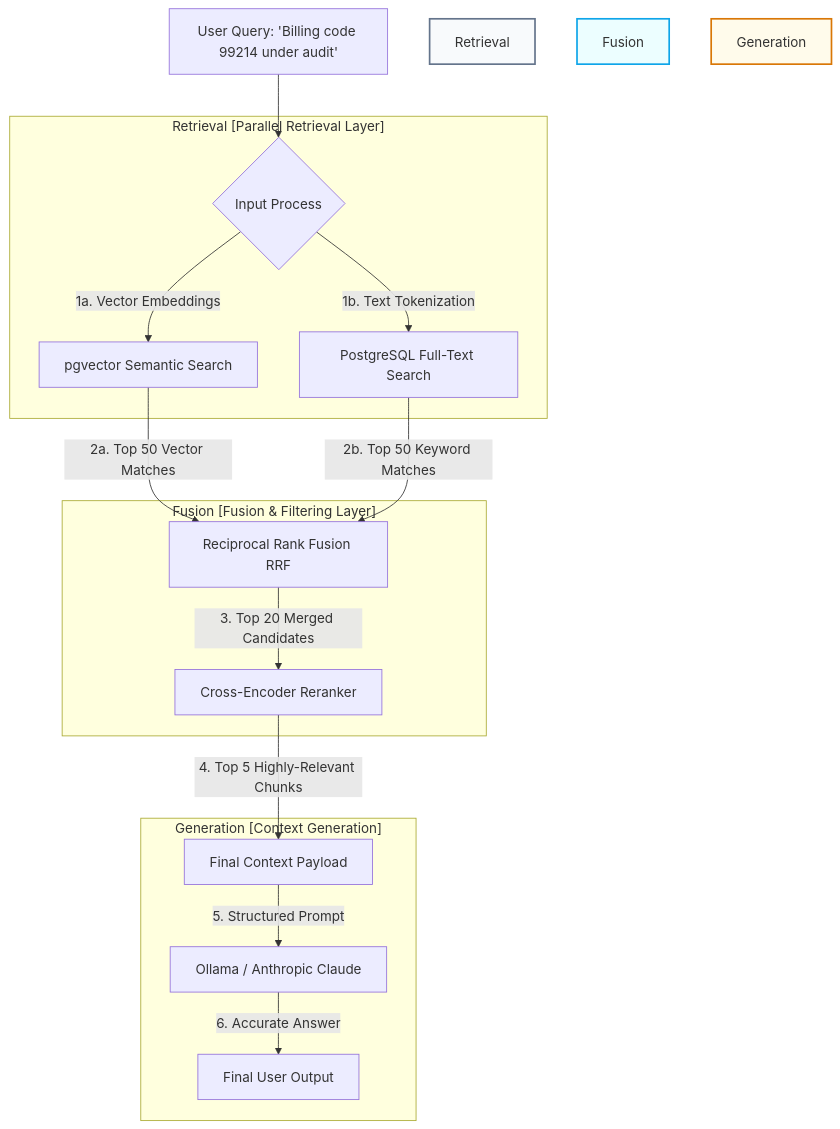
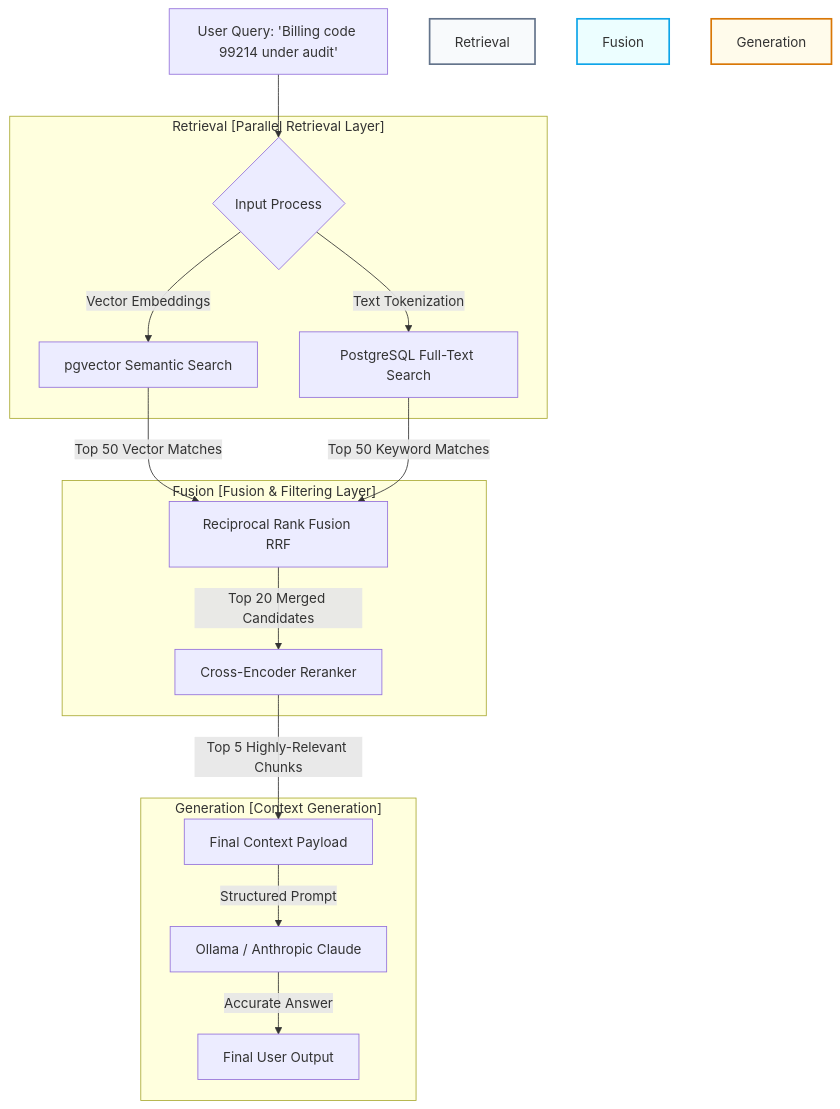
The diagram in blog/posts/why-rag-fails-production.md (akmalkhaniub/akmalkhaniub.github.io), drawn with Mermaid before and after one commit. The commit also changed 411 other files, not shown here.

````diff
--- a/blog/posts/why-rag-fails-production.md
+++ b/blog/posts/why-rag-fails-production.md
@@ -22,25 +22,25 @@
 ```mermaid
 flowchart TD
     UserQuery[User Query: 'Billing code 99214 under audit'] --> InputProc{Input Process}
     
     subgraph SG1_RetrievalParallelRetrieval ["Retrieval [Parallel Retrieval Layer]"]
-        InputProc -->|1a. Vector Embeddings| VecSearch[pgvector Semantic Search]
-        InputProc -->|1b. Text Tokenization| LexSearch[PostgreSQL Full-Text Search]
+        InputProc -->|Vector Embeddings| VecSearch[pgvector Semantic Search]
+        InputProc -->|Text Tokenization| LexSearch[PostgreSQL Full-Text Search]
     end
 
     subgraph SG2_FusionFusionFiltering ["Fusion [Fusion & Filtering Layer]"]
-        VecSearch -->|2a. Top 50 Vector Matches| RRF[Reciprocal Rank Fusion RRF]
-        LexSearch -->|2b. Top 50 Keyword Matches| RRF
-        RRF -->|3. Top 20 Merged Candidates| Reranker[Cross-Encoder Reranker]
+        VecSearch -->|Top 50 Vector Matches| RRF[Reciprocal Rank Fusion RRF]
+        LexSearch -->|Top 50 Keyword Matches| RRF
+        RRF -->|Top 20 Merged Candidates| Reranker[Cross-Encoder Reranker]
     end
 
     subgraph SG3_GenerationContextGeneration ["Generation [Context Generation]"]
-        Reranker -->|4. Top 5 Highly-Relevant Chunks| Context[Final Context Payload]
-        Context -->|5. Structured Prompt| LLM[Ollama / Anthropic Claude]
-        LLM -->|6. Accurate Answer| User[Final User Output]
+        Reranker -->|Top 5 Highly-Relevant Chunks| Context[Final Context Payload]
+        Context -->|Structured Prompt| LLM[Ollama / Anthropic Claude]
+        LLM -->|Accurate Answer| User[Final User Output]
     end
 
     style Retrieval fill:#f8fafc,stroke:#64748b,stroke-width:2px
     style Fusion fill:#ecfeff,stroke:#0ea5e9,stroke-width:2px
     style Generation fill:#fffbeb,stroke:#d97706,stroke-width:2px
 ```
````
